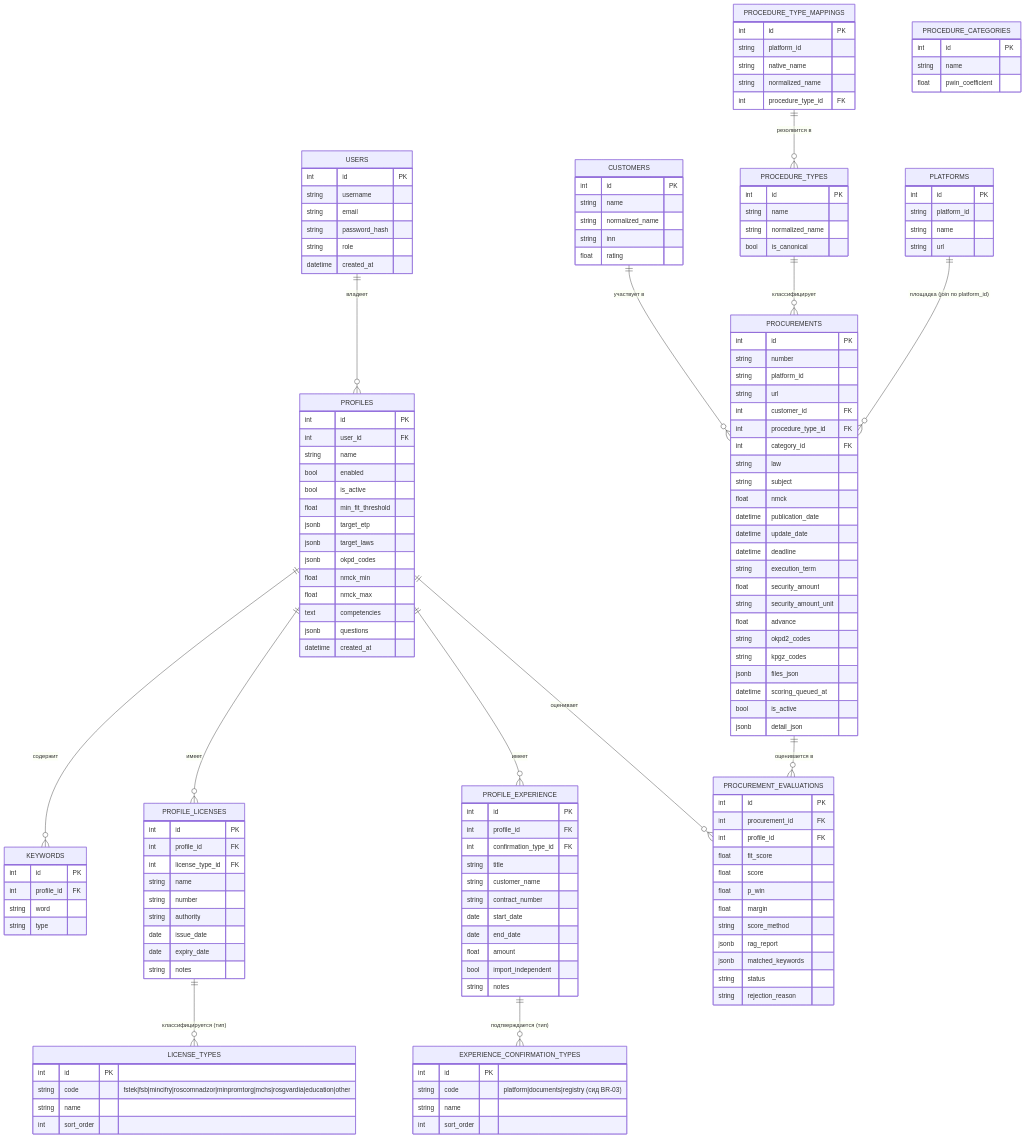
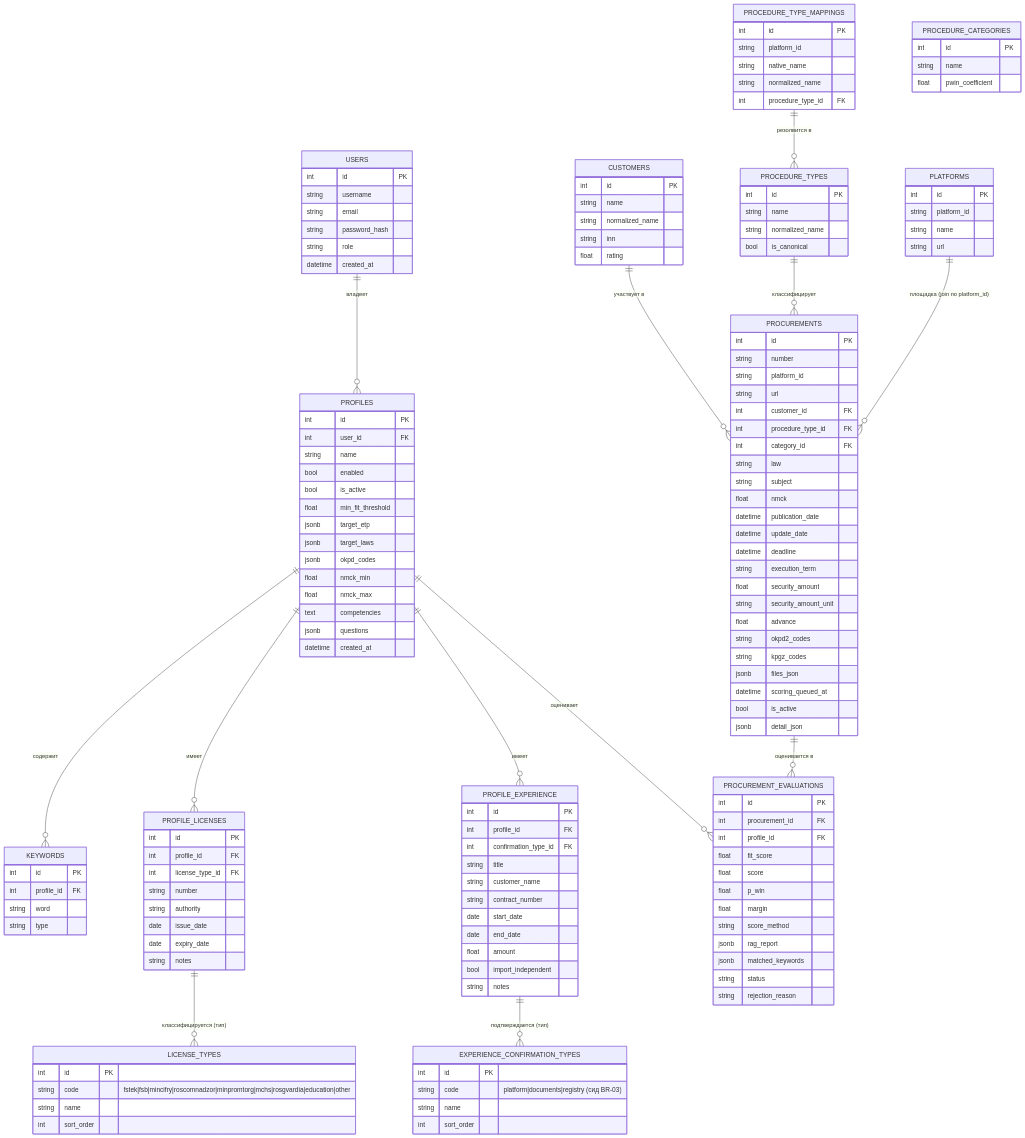
Before and after one commit to igorvolk1961/zakupki_parser: the first of 2 diagrams in docs/system_analysis/04_Data_and_NFR/01_er_diagram.md, drawn with Mermaid. The commit also changed 7 other files, not shown here.

```diff
--- a/docs/system_analysis/04_Data_and_NFR/01_er_diagram.md
+++ b/docs/system_analysis/04_Data_and_NFR/01_er_diagram.md
@@ -66,7 +66,6 @@
         int id PK
         int profile_id FK
         int license_type_id FK
-        string name
         string number
         string authority
         date issue_date
```
